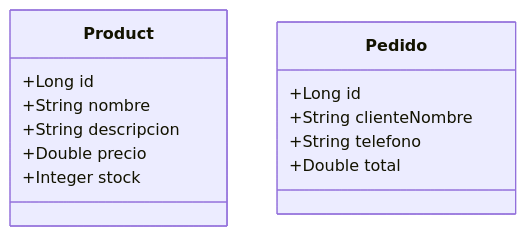
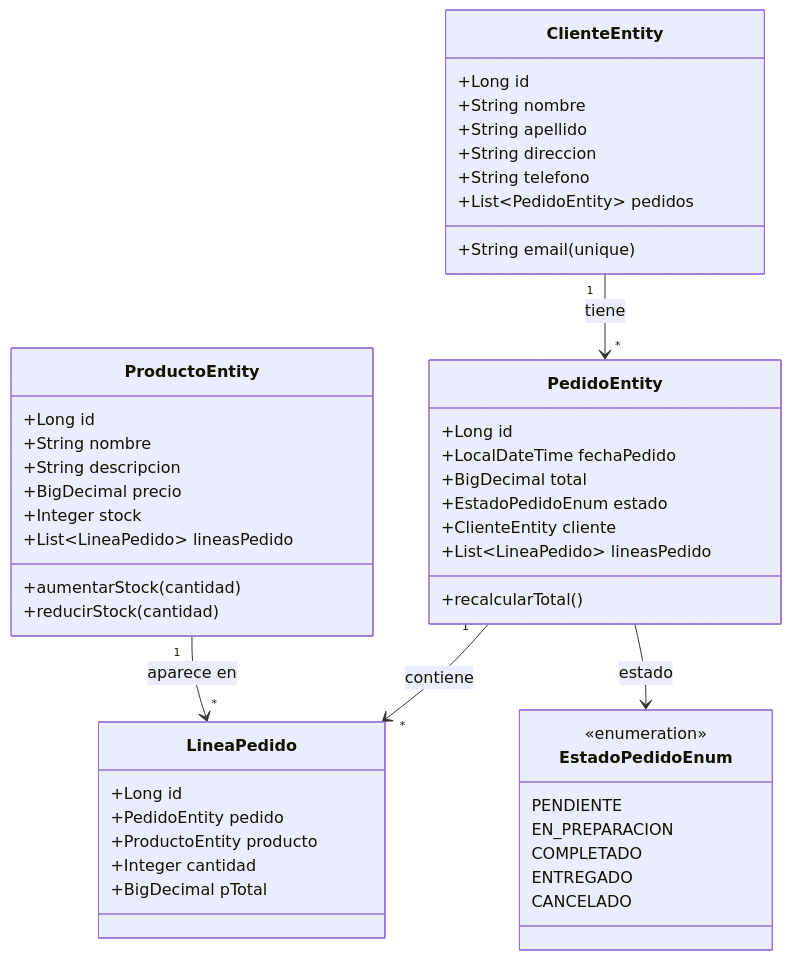
Before and after one commit to CacholoDev/PFC: the second of 4 diagrams in doc/doc.md, drawn with Mermaid. The commit also changed other lines of this file and 2 other files, not shown here.

````diff
--- a/doc/doc.md
+++ b/doc/doc.md
@@ -163,16 +211,55 @@
 ```mermaid
 classDiagram
-    class Product {
+    class ClienteEntity {
+      +Long id
+      +String nombre
+      +String apellido
+      +String email (unique)
+      +String direccion
+      +String telefono
+      +List~PedidoEntity~ pedidos
+    }
+    
+    class ProductoEntity {
       +Long id
       +String nombre
       +String descripcion
-      +Double precio
+      +BigDecimal precio
       +Integer stock
+      +List~LineaPedido~ lineasPedido
+      +aumentarStock(cantidad)
+      +reducirStock(cantidad)
     }
-    class Pedido {
+    
+    class PedidoEntity {
       +Long id
-      +String clienteNombre
-      +String telefono
-      +Double total
+      +LocalDateTime fechaPedido
+      +BigDecimal total
+      +EstadoPedidoEnum estado
+      +ClienteEntity cliente
+      +List~LineaPedido~ lineasPedido
+      +recalcularTotal()
     }
+    
+    class LineaPedido {
+      +Long id
+      +PedidoEntity pedido
+      +ProductoEntity producto
+      +Integer cantidad
+      +BigDecimal pTotal
+    }
+    
+    class EstadoPedidoEnum {
+      <<enumeration>>
+      PENDIENTE
+      EN_PREPARACION
+      COMPLETADO
+      ENTREGADO
+      CANCELADO
+    }
+    
+    ClienteEntity "1" --> "*" PedidoEntity : tiene
+    PedidoEntity "1" --> "*" LineaPedido : contiene
+    ProductoEntity "1" --> "*" LineaPedido : aparece en
+    PedidoEntity --> EstadoPedidoEnum : estado
 ```
````
